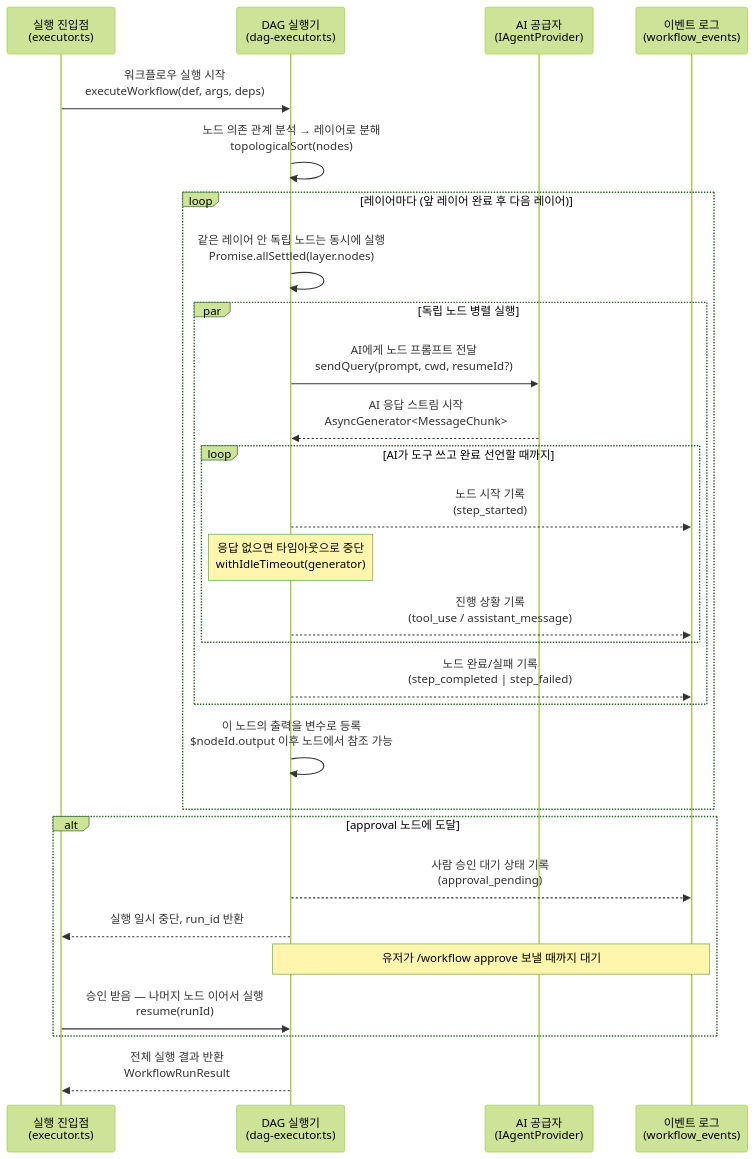
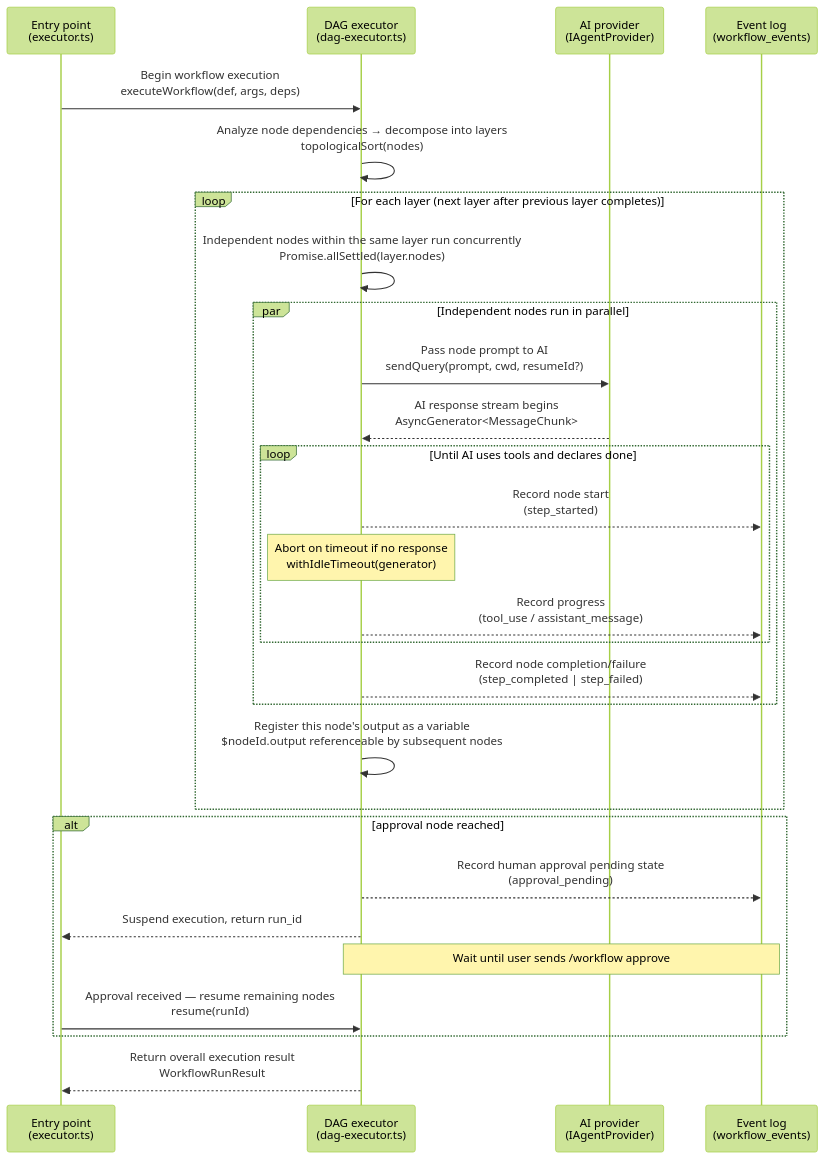
Before and after one commit to wonjinsin/harness-flow: the second of 2 diagrams in design/reference/archon.md, drawn with Mermaid (forest theme). The commit also changed other lines of this file and 28 other files, not shown here.

First line of the commit message:
feat: scaffold harness-flow Claude Code plugin and rename skill suite

````diff
--- a/design/reference/archon.md
+++ b/design/reference/archon.md
@@ -411,34 +431,34 @@
 ```mermaid
 sequenceDiagram
-    participant E as 실행 진입점<br/>(executor.ts)
-    participant D as DAG 실행기<br/>(dag-executor.ts)
-    participant P as AI 공급자<br/>(IAgentProvider)
-    participant DB as 이벤트 로그<br/>(workflow_events)
+    participant E as Entry point<br/>(executor.ts)
+    participant D as DAG executor<br/>(dag-executor.ts)
+    participant P as AI provider<br/>(IAgentProvider)
+    participant DB as Event log<br/>(workflow_events)
 
-    E->>D: 워크플로우 실행 시작<br/>executeWorkflow(def, args, deps)
-    D->>D: 노드 의존 관계 분석 → 레이어로 분해<br/>topologicalSort(nodes)
+    E->>D: Begin workflow execution<br/>executeWorkflow(def, args, deps)
+    D->>D: Analyze node dependencies → decompose into layers<br/>topologicalSort(nodes)
 
-    loop 레이어마다 (앞 레이어 완료 후 다음 레이어)
-        D->>D: 같은 레이어 안 독립 노드는 동시에 실행<br/>Promise.allSettled(layer.nodes)
-        par 독립 노드 병렬 실행
-            D->>P: AI에게 노드 프롬프트 전달<br/>sendQuery(prompt, cwd, resumeId?)
-            P-->>D: AI 응답 스트림 시작<br/>AsyncGenerator<MessageChunk>
-            loop AI가 도구 쓰고 완료 선언할 때까지
-                D-->>DB: 노드 시작 기록<br/>(step_started)
-                Note over D: 응답 없으면 타임아웃으로 중단<br/>withIdleTimeout(generator)
-                D-->>DB: 진행 상황 기록<br/>(tool_use / assistant_message)
+    loop For each layer (next layer after previous layer completes)
+        D->>D: Independent nodes within the same layer run concurrently<br/>Promise.allSettled(layer.nodes)
+        par Independent nodes run in parallel
+            D->>P: Pass node prompt to AI<br/>sendQuery(prompt, cwd, resumeId?)
+            P-->>D: AI response stream begins<br/>AsyncGenerator<MessageChunk>
+            loop Until AI uses tools and declares done
+                D-->>DB: Record node start<br/>(step_started)
+                Note over D: Abort on timeout if no response<br/>withIdleTimeout(generator)
+                D-->>DB: Record progress<br/>(tool_use / assistant_message)
             end
-            D-->>DB: 노드 완료/실패 기록<br/>(step_completed | step_failed)
+            D-->>DB: Record node completion/failure<br/>(step_completed | step_failed)
         end
-        D->>D: 이 노드의 출력을 변수로 등록<br/>$nodeId.output 이후 노드에서 참조 가능
+        D->>D: Register this node's output as a variable<br/>$nodeId.output referenceable by subsequent nodes
     end
 
-    alt approval 노드에 도달
-        D-->>DB: 사람 승인 대기 상태 기록<br/>(approval_pending)
-        D-->>E: 실행 일시 중단, run_id 반환
-        Note over D,DB: 유저가 /workflow approve 보낼 때까지 대기
-        E->>D: 승인 받음 — 나머지 노드 이어서 실행<br/>resume(runId)
+    alt approval node reached
+        D-->>DB: Record human approval pending state<br/>(approval_pending)
+        D-->>E: Suspend execution, return run_id
+        Note over D,DB: Wait until user sends /workflow approve
+        E->>D: Approval received — resume remaining nodes<br/>resume(runId)
     end
 
-    D-->>E: 전체 실행 결과 반환<br/>WorkflowRunResult
+    D-->>E: Return overall execution result<br/>WorkflowRunResult
 ```
````
